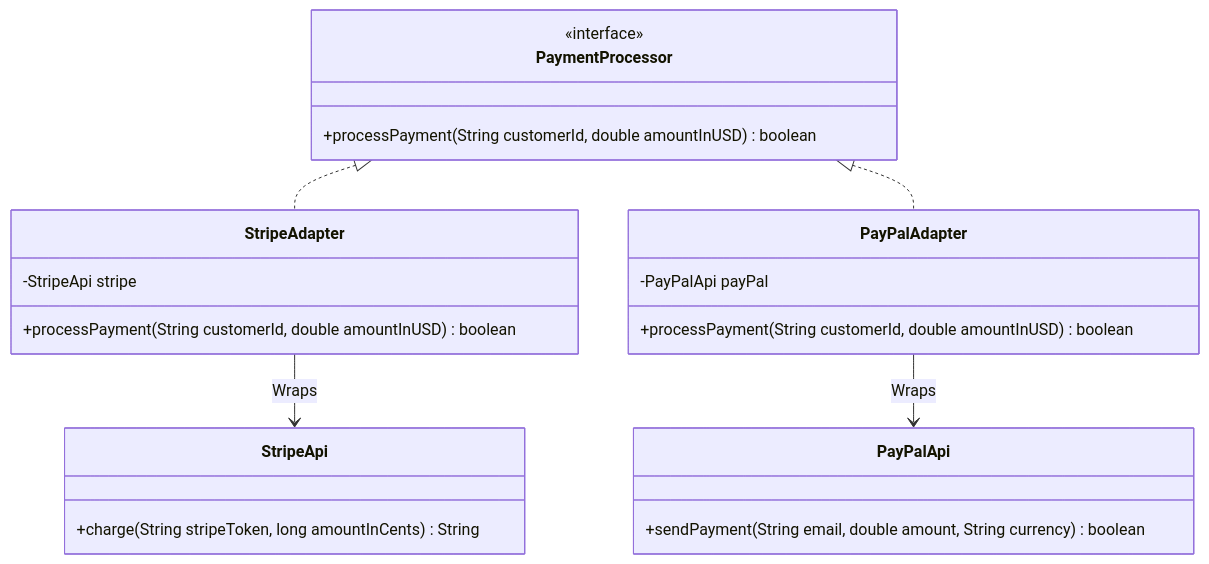
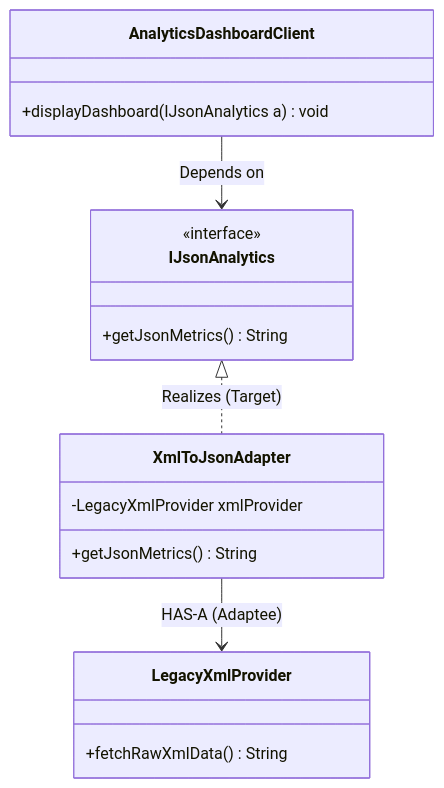
Before and after one commit to rohithgowda18/Notes: the second of 3 diagrams in 04-OOPs-and-Design-Patterns/03-Design-Patterns/16-Adapter-Design-Pattern.md, drawn with Mermaid. The commit also changed other lines of this file and 30 other files, not shown here.

````diff
--- a/04-OOPs-and-Design-Patterns/03-Design-Patterns/16-Adapter-Design-Pattern.md
+++ b/04-OOPs-and-Design-Patterns/03-Design-Patterns/16-Adapter-Design-Pattern.md
@@ -113,30 +105,24 @@
 ```mermaid
 classDiagram
-    class PaymentProcessor {
+    class IJsonAnalytics {
         <<interface>>
-        +processPayment(String customerId, double amountInUSD) boolean
+        +getJsonMetrics() String
     }
 
-    class StripeAdapter {
-        -StripeApi stripe
-        +processPayment(String customerId, double amountInUSD) boolean
+    class XmlToJsonAdapter {
+        -LegacyXmlProvider xmlProvider
+        +getJsonMetrics() String
     }
 
-    class PayPalAdapter {
-        -PayPalApi payPal
-        +processPayment(String customerId, double amountInUSD) boolean
+    class LegacyXmlProvider {
+        +fetchRawXmlData() String
     }
 
-    class StripeApi {
-        +charge(String stripeToken, long amountInCents) String
+    class AnalyticsDashboardClient {
+        +displayDashboard(IJsonAnalytics a) void
     }
 
-    class PayPalApi {
-        +sendPayment(String email, double amount, String currency) boolean
-    }
-
-    PaymentProcessor <|.. StripeAdapter
-    PaymentProcessor <|.. PayPalAdapter
-    StripeAdapter --> StripeApi : Wraps
-    PayPalAdapter --> PayPalApi : Wraps
+    IJsonAnalytics <|.. XmlToJsonAdapter : Realizes (Target)
+    XmlToJsonAdapter --> LegacyXmlProvider : HAS-A (Adaptee)
+    AnalyticsDashboardClient --> IJsonAnalytics : Depends on
 ```
````
